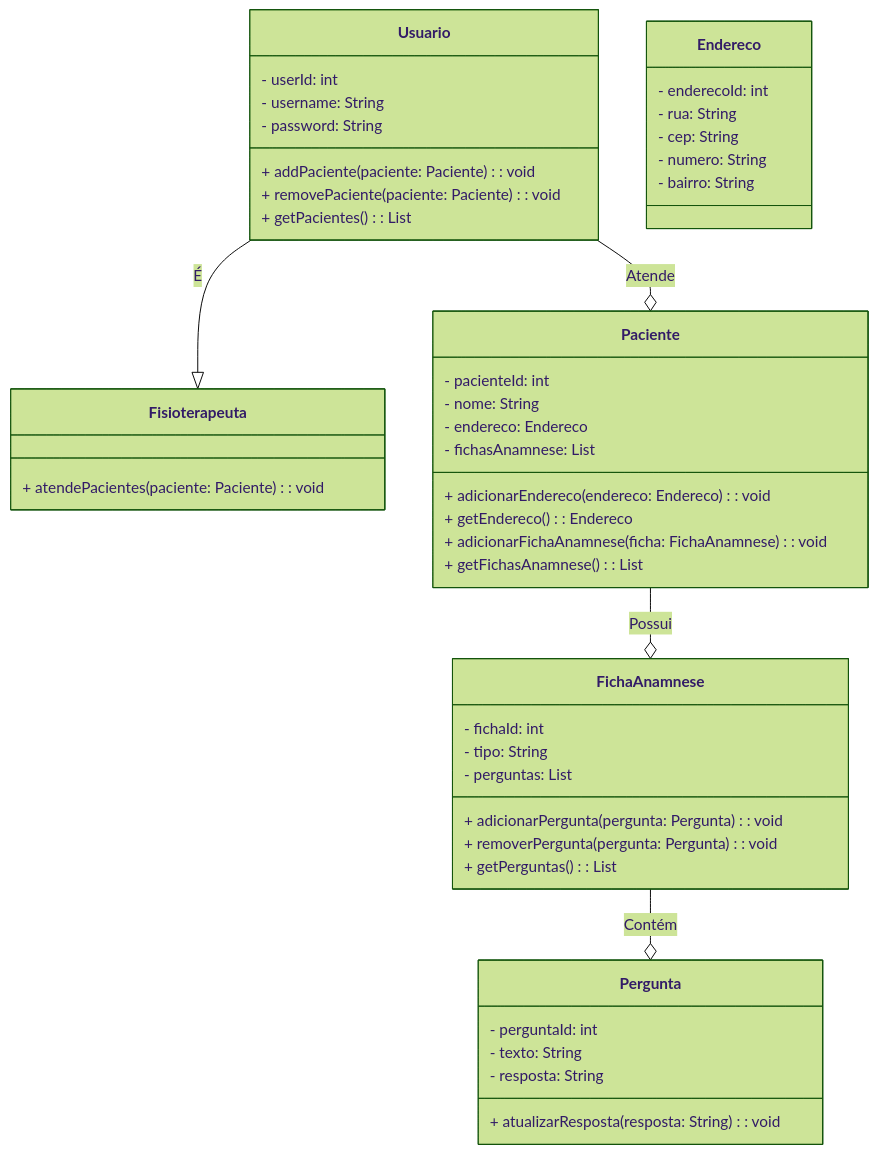
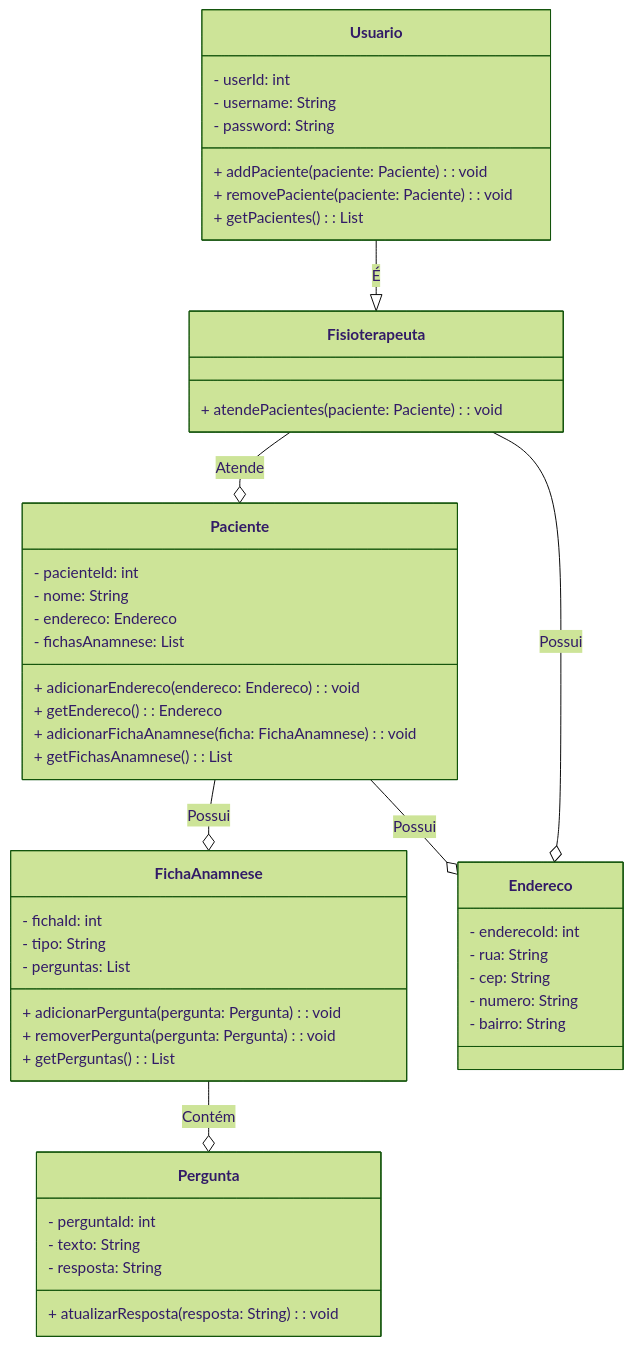
One commit to savioarthur00/Api-RestFull-FisioApp changed the diagram in README.md. Above: the diagram before and after it, drawn with Mermaid (forest theme).

````diff
--- a/README.md
+++ b/README.md
@@ -25,59 +25,61 @@
 ```mermaid
 classDiagram
   class Usuario {
     - userId: int
     - username: String
     - password: String
     + addPaciente(paciente: Paciente): void
     + removePaciente(paciente: Paciente): void
     + getPacientes(): List<Paciente>
   }
 
   class Fisioterapeuta {
     + atendePacientes(paciente: Paciente): void
   }
 
   class Paciente {
     - pacienteId: int
     - nome: String
     - endereco: Endereco
     - fichasAnamnese: List<FichaAnamnese>
     + adicionarEndereco(endereco: Endereco): void
     + getEndereco(): Endereco
     + adicionarFichaAnamnese(ficha: FichaAnamnese): void
     + getFichasAnamnese(): List<FichaAnamnese>
   }
 
   class FichaAnamnese {
     - fichaId: int
     - tipo: String
     - perguntas: List<Pergunta>
     + adicionarPergunta(pergunta: Pergunta): void
     + removerPergunta(pergunta: Pergunta): void
     + getPerguntas(): List<Pergunta>
   }
 
   class Pergunta {
     - perguntaId: int
     - texto: String
     - resposta: String
     + atualizarResposta(resposta: String): void
   }
 
   class Endereco {
     - enderecoId: int
     - rua: String
     - cep: String
     - numero: String
     - bairro: String
   }
 
   Usuario --|> Fisioterapeuta : É
-  Usuario --o Paciente : Atende
+  Fisioterapeuta --o Paciente : Atende
   Paciente --o FichaAnamnese : Possui
+  Paciente --o Endereco : Possui
+  Fisioterapeuta --o Endereco : Possui
   FichaAnamnese --o Pergunta : Contém
 
 
 
 
 ```
````
